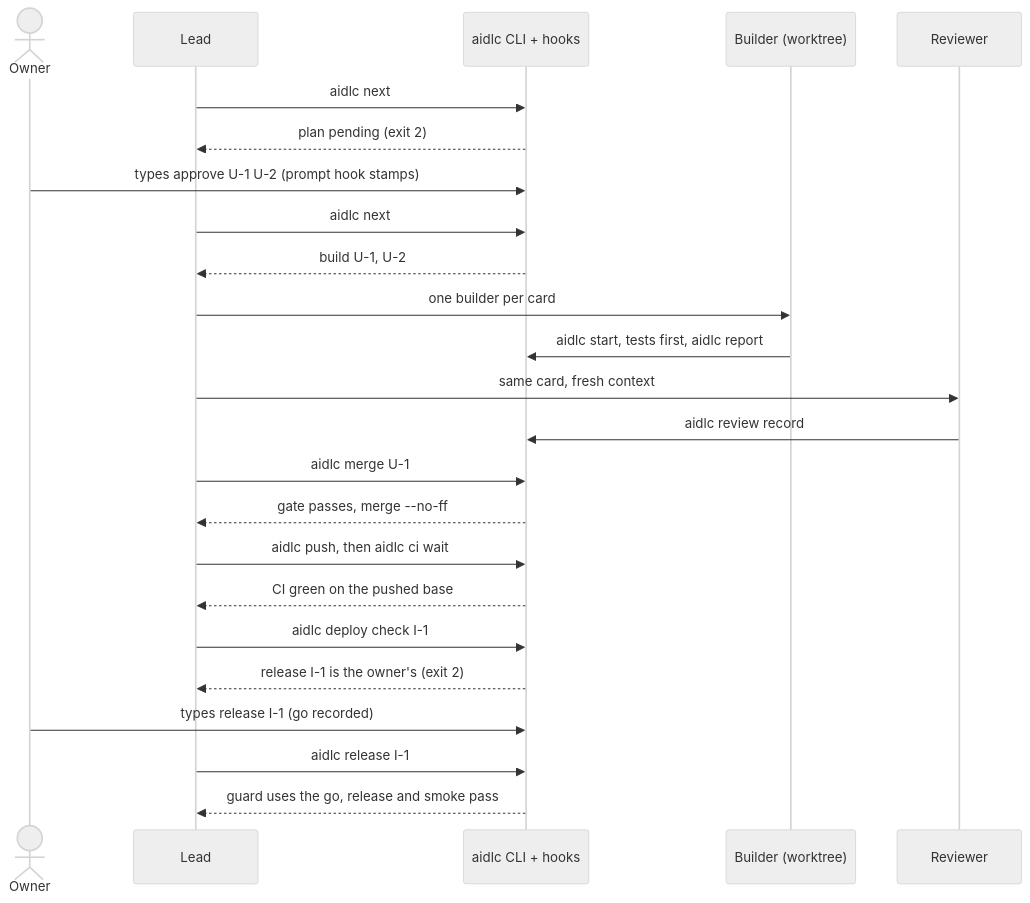
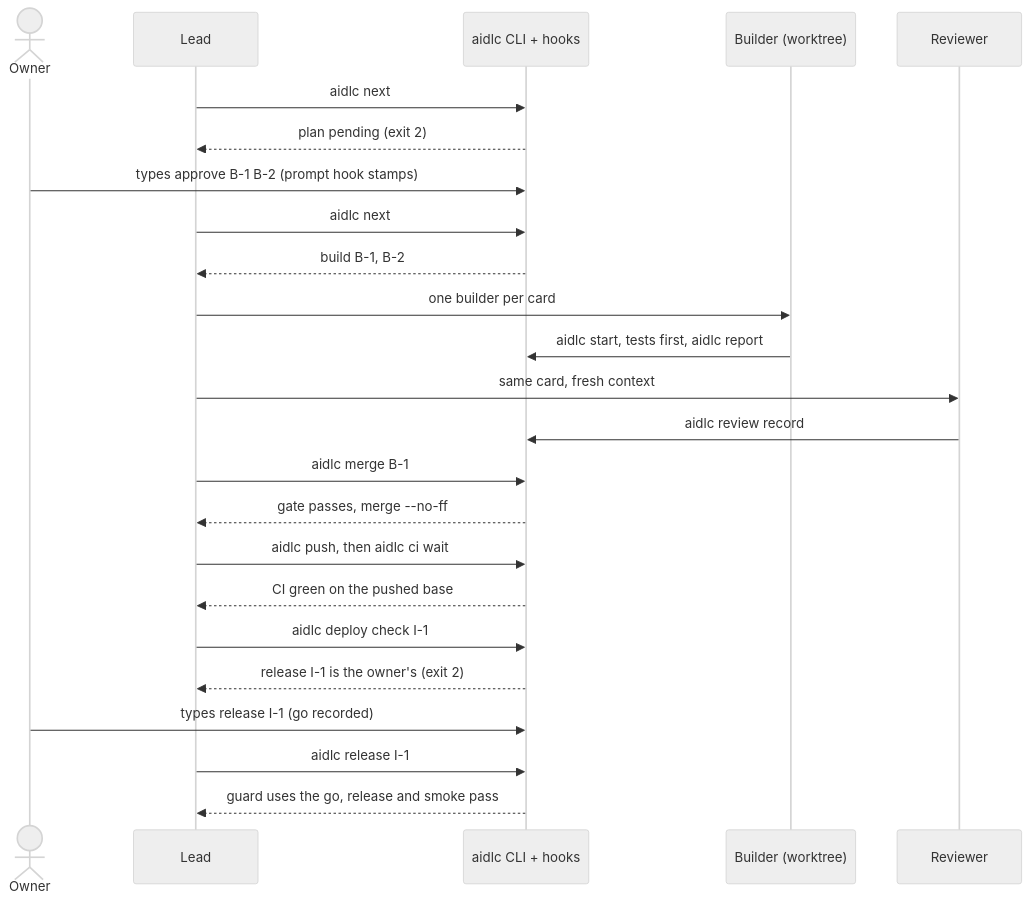
The diagram in docs/design/overview.md (Scrollout/aidlc-team-plugin), drawn with Mermaid (neutral theme) before and after one commit. The commit also changed other lines of this file and 50 other files, not shown here.

````diff
--- a/docs/design/overview.md
+++ b/docs/design/overview.md
@@ -27,26 +27,26 @@
 ```mermaid
 sequenceDiagram
   actor O as Owner
   participant L as Lead
   participant C as aidlc CLI + hooks
   participant B as Builder (worktree)
   participant R as Reviewer
   L->>C: aidlc next
   C-->>L: plan pending (exit 2)
-  O->>C: types approve U-1 U-2 (prompt hook stamps)
+  O->>C: types approve B-1 B-2 (prompt hook stamps)
   L->>C: aidlc next
-  C-->>L: build U-1, U-2
+  C-->>L: build B-1, B-2
   L->>B: one builder per card
   B->>C: aidlc start, tests first, aidlc report
   L->>R: same card, fresh context
   R->>C: aidlc review record
-  L->>C: aidlc merge U-1
+  L->>C: aidlc merge B-1
   C-->>L: gate passes, merge --no-ff
   L->>C: aidlc push, then aidlc ci wait
   C-->>L: CI green on the pushed base
   L->>C: aidlc deploy check I-1
   C-->>L: release I-1 is the owner's (exit 2)
   O->>C: types release I-1 (go recorded)
   L->>C: aidlc release I-1
   C-->>L: guard uses the go, release and smoke pass
 ```
````
